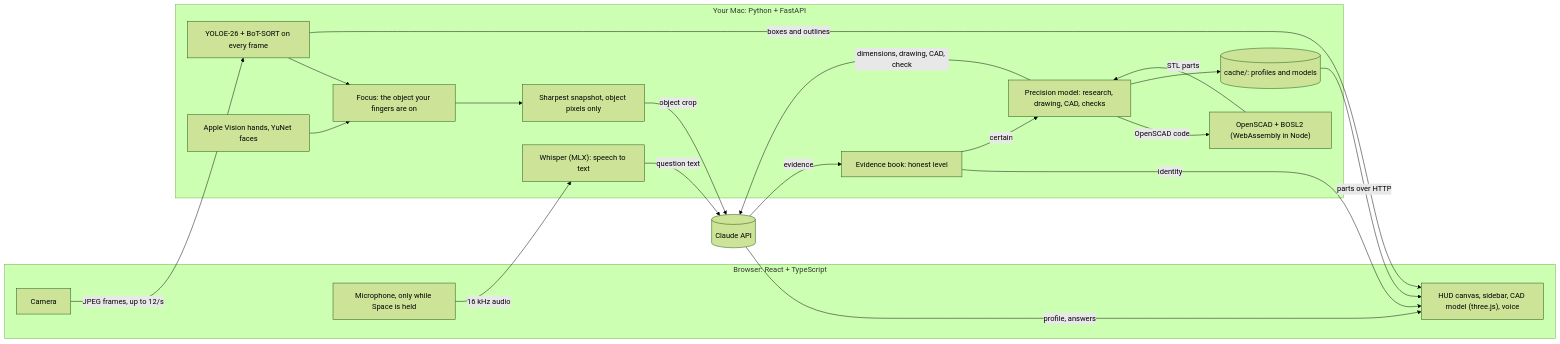
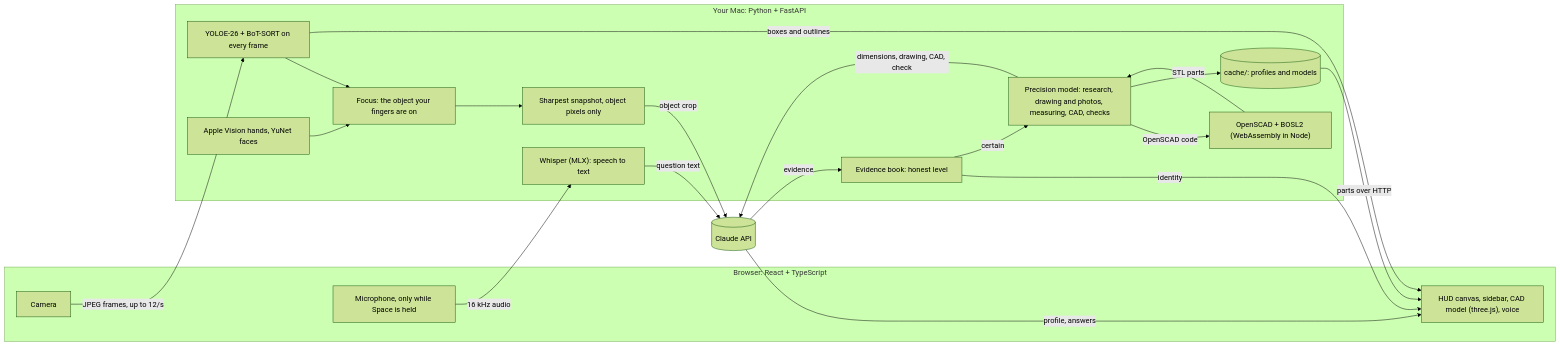
One commit to Jkalwa05/object-intelligence changed the diagram in README.md. Above: the diagram before and after it, drawn with Mermaid (forest theme). The commit also changed other lines of this file and 2 other files, not shown here.

First line of the commit message:
docs: the measured precision model

````diff
--- a/README.md
+++ b/README.md
@@ -99,38 +109,38 @@
 ```mermaid
 flowchart LR
   subgraph browser["Browser: React + TypeScript"]
     camera["Camera"]
     mic["Microphone, only while Space is held"]
     hud["HUD canvas, sidebar, CAD model (three.js), voice"]
   end
   subgraph mac["Your Mac: Python + FastAPI"]
     detect["YOLOE-26 + BoT-SORT on every frame"]
     people["Apple Vision hands, YuNet faces"]
     focus["Focus: the object your fingers are on"]
     snapshot["Sharpest snapshot, object pixels only"]
     belief["Evidence book: honest level"]
     whisper["Whisper (MLX): speech to text"]
-    builder["Precision model: research, drawing, CAD, checks"]
+    builder["Precision model: research, drawing and photos, measuring, CAD, checks"]
     scad["OpenSCAD + BOSL2 (WebAssembly in Node)"]
     cache[("cache/: profiles and models")]
   end
   claude[("Claude API")]
 
   camera -- "JPEG frames, up to 12/s" --> detect
   detect --> focus
   people --> focus
   focus --> snapshot
   snapshot -- "object crop" --> claude
   claude -- "evidence" --> belief
   belief -- "identity" --> hud
   detect -- "boxes and outlines" --> hud
   mic -- "16 kHz audio" --> whisper
   whisper -- "question text" --> claude
   claude -- "profile, answers" --> hud
   belief -- "certain" --> builder
   builder -- "dimensions, drawing, CAD, check" --> claude
   builder -- "OpenSCAD code" --> scad
   scad -- "STL parts" --> builder
   builder --> cache
   cache -- "parts over HTTP" --> hud
 ```
````
